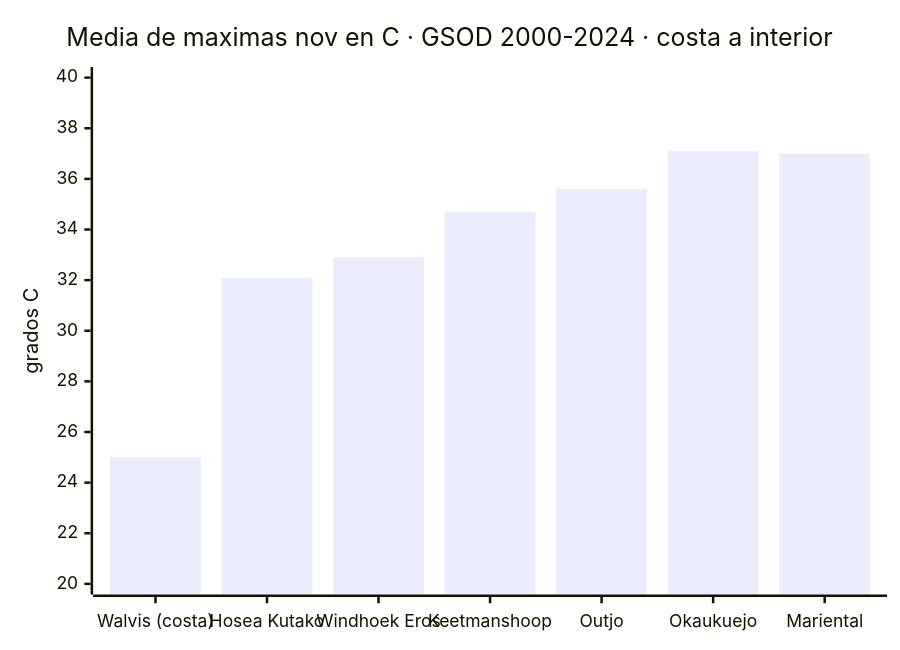
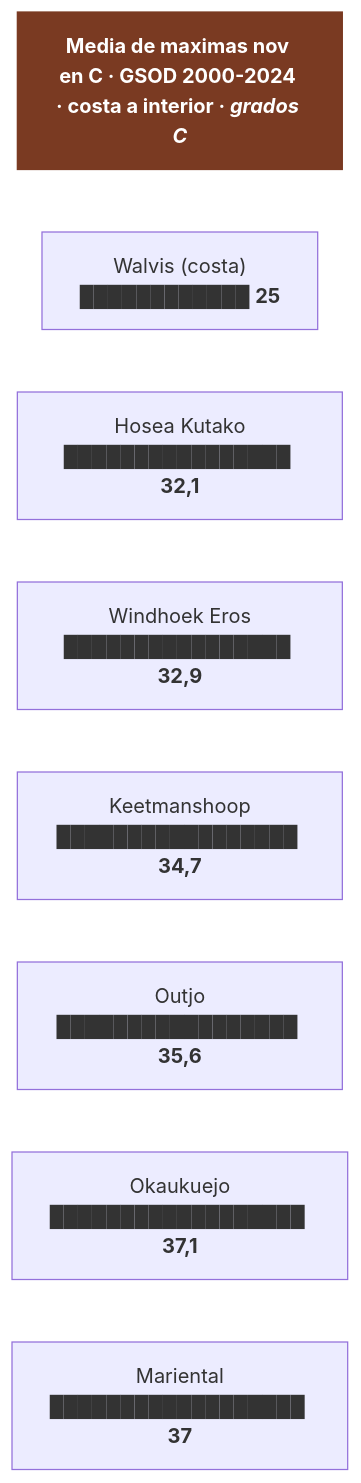
The third of 7 diagrams in 08-huecos-cerrados.md (morandeirachema/namibia), drawn with Mermaid before and after one commit. The commit also changed other lines of this file and 9 other files, not shown here.

Commit message:
Cambiar los 23 graficos xychart-beta por barras de flowchart: GitHub no renderiza los tipos beta de Mermaid

````diff
--- a/08-huecos-cerrados.md
+++ b/08-huecos-cerrados.md
@@ -280,7 +288,19 @@
 ```mermaid
-xychart-beta
-    title "Media de maximas nov en C · GSOD 2000-2024 · costa a interior"
-    x-axis ["Walvis (costa)", "Hosea Kutako", "Windhoek Eros", "Keetmanshoop", "Outjo", "Okaukuejo", "Mariental"]
-    y-axis "grados C" 20 --> 40
-    bar [25.0, 32.1, 32.9, 34.7, 35.6, 37.1, 37.0]
+flowchart TD
+    T["<b>Media de maximas nov en C · GSOD 2000-2024 · costa a interior · <i>grados C</i></b>"]
+    n0["Walvis (costa)<br/>████████████ <b>25</b>"]
+    n1["Hosea Kutako<br/>████████████████ <b>32,1</b>"]
+    n2["Windhoek Eros<br/>████████████████ <b>32,9</b>"]
+    n3["Keetmanshoop<br/>█████████████████ <b>34,7</b>"]
+    n4["Outjo<br/>█████████████████ <b>35,6</b>"]
+    n5["Okaukuejo<br/>██████████████████ <b>37,1</b>"]
+    n6["Mariental<br/>██████████████████ <b>37</b>"]
+    T ~~~ n0
+    n0 ~~~ n1
+    n1 ~~~ n2
+    n2 ~~~ n3
+    n3 ~~~ n4
+    n4 ~~~ n5
+    n5 ~~~ n6
+    style T fill:#7a3a22,color:#fff,stroke:#7a3a22
 ```
````
